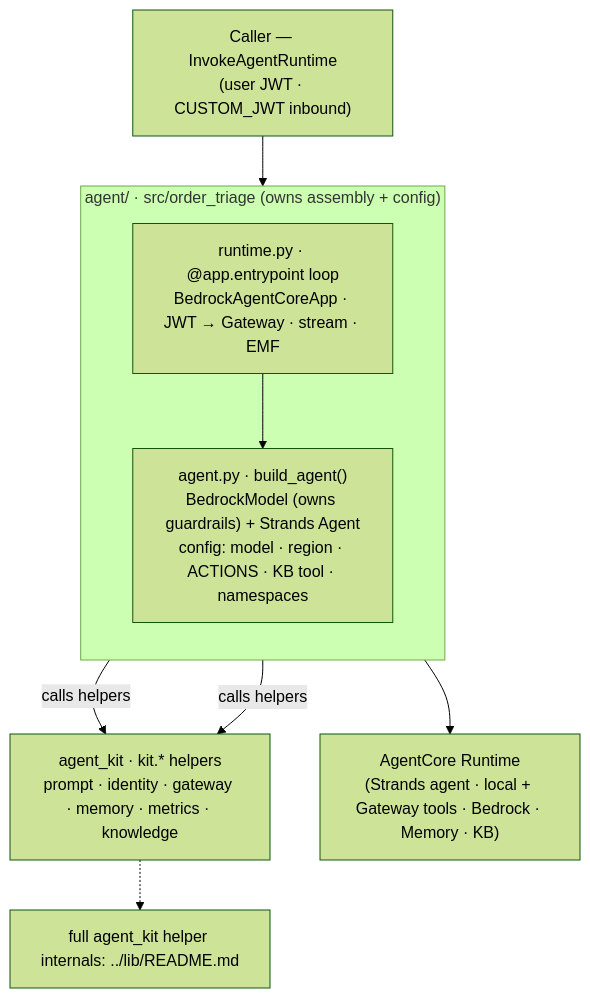
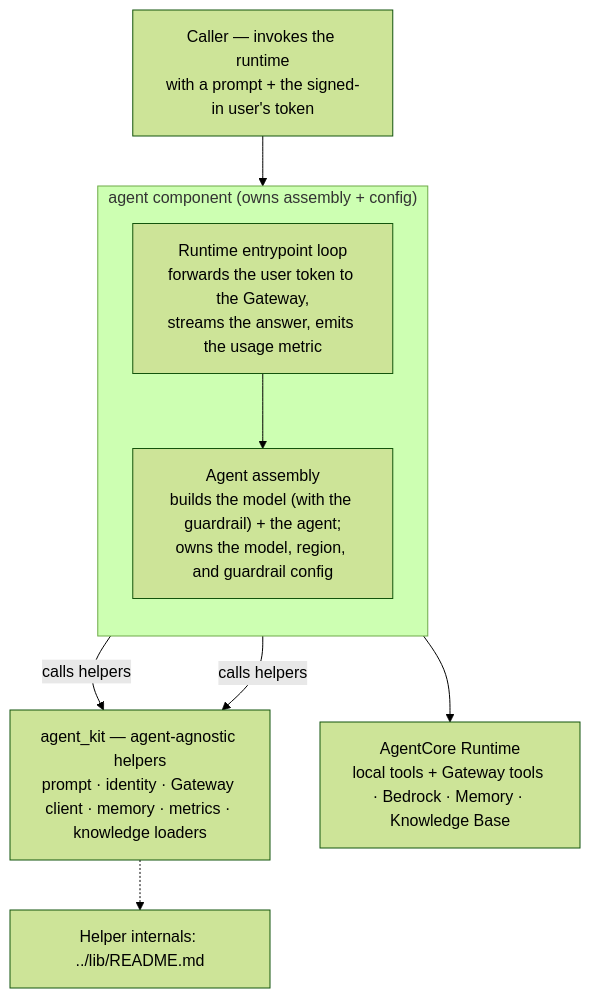
Before and after one commit to aniryou/bedrock-demo: the diagram in agent/README.md, drawn with Mermaid (forest theme). The commit also changed other lines of this file and 11 other files, not shown here.

````diff
--- a/agent/README.md
+++ b/agent/README.md
@@ -121,22 +56,22 @@
 ```mermaid
 flowchart TB
-    caller["Caller — InvokeAgentRuntime<br/>(user JWT · CUSTOM_JWT inbound)"]
+    caller["Caller — invokes the runtime<br/>with a prompt + the signed-in user's token"]
 
-    subgraph agentpkg["agent/ · src/order_triage (owns assembly + config)"]
+    subgraph agentpkg["agent component (owns assembly + config)"]
         direction TB
-        rt["runtime.py · @app.entrypoint loop<br/>BedrockAgentCoreApp · JWT → Gateway · stream · EMF"]
-        ba["agent.py · build_agent()<br/>BedrockModel (owns guardrails) + Strands Agent<br/>config: model · region · ACTIONS · KB tool · namespaces"]
+        rt["Runtime entrypoint loop<br/>forwards the user token to the Gateway,<br/>streams the answer, emits the usage metric"]
+        ba["Agent assembly<br/>builds the model (with the guardrail) + the agent;<br/>owns the model, region, and guardrail config"]
         rt --> ba
     end
 
-    kit["agent_kit · kit.* helpers<br/>prompt · identity · gateway · memory · metrics · knowledge"]
-    runtime["AgentCore Runtime<br/>(Strands agent · local + Gateway tools · Bedrock · Memory · KB)"]
+    kit["agent_kit — agent-agnostic helpers<br/>prompt · identity · Gateway client · memory · metrics · knowledge loaders"]
+    runtime["AgentCore Runtime<br/>local tools + Gateway tools · Bedrock · Memory · Knowledge Base"]
 
     caller --> rt
     rt -->|calls helpers| kit
     ba -->|calls helpers| kit
     ba --> runtime
 
-    note["full agent_kit helper internals: ../lib/README.md"]
+    note["Helper internals: ../lib/README.md"]
     kit -.-> note
 ```
````
